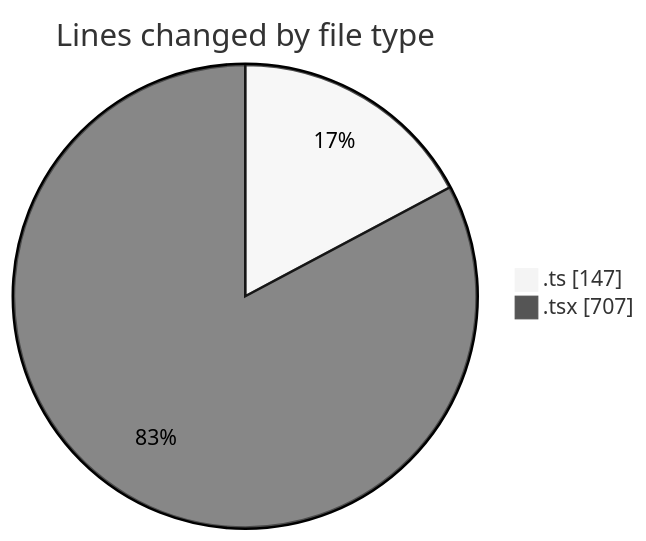
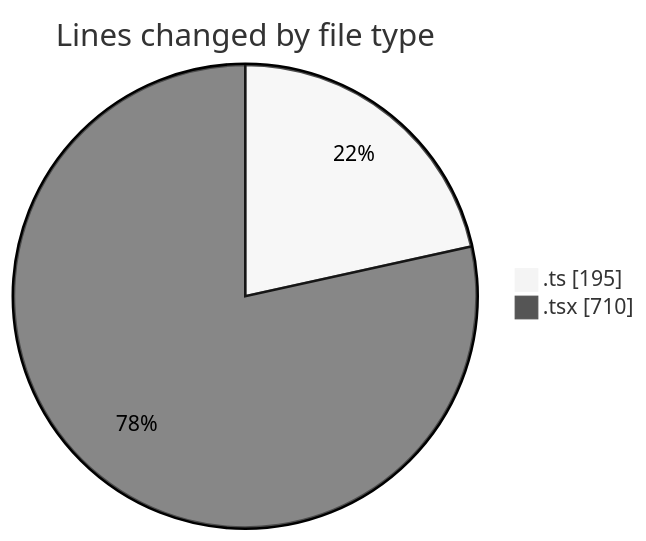
The first of 2 diagrams in 2026-03-26/nxtqube_webapp/README.md (nxtqubesakshisongat/code-tracking), drawn with Mermaid (neutral theme) before and after one commit. The commit also changed other lines of this file and 1 other file, not shown here.

````diff
--- a/2026-03-26/nxtqube_webapp/README.md
+++ b/2026-03-26/nxtqube_webapp/README.md
@@ -21,6 +21,6 @@
 ```mermaid
 pie showData
 title Lines changed by file type
-".ts" : 147
-".tsx" : 707
+".ts" : 195
+".tsx" : 710
 ```
````
